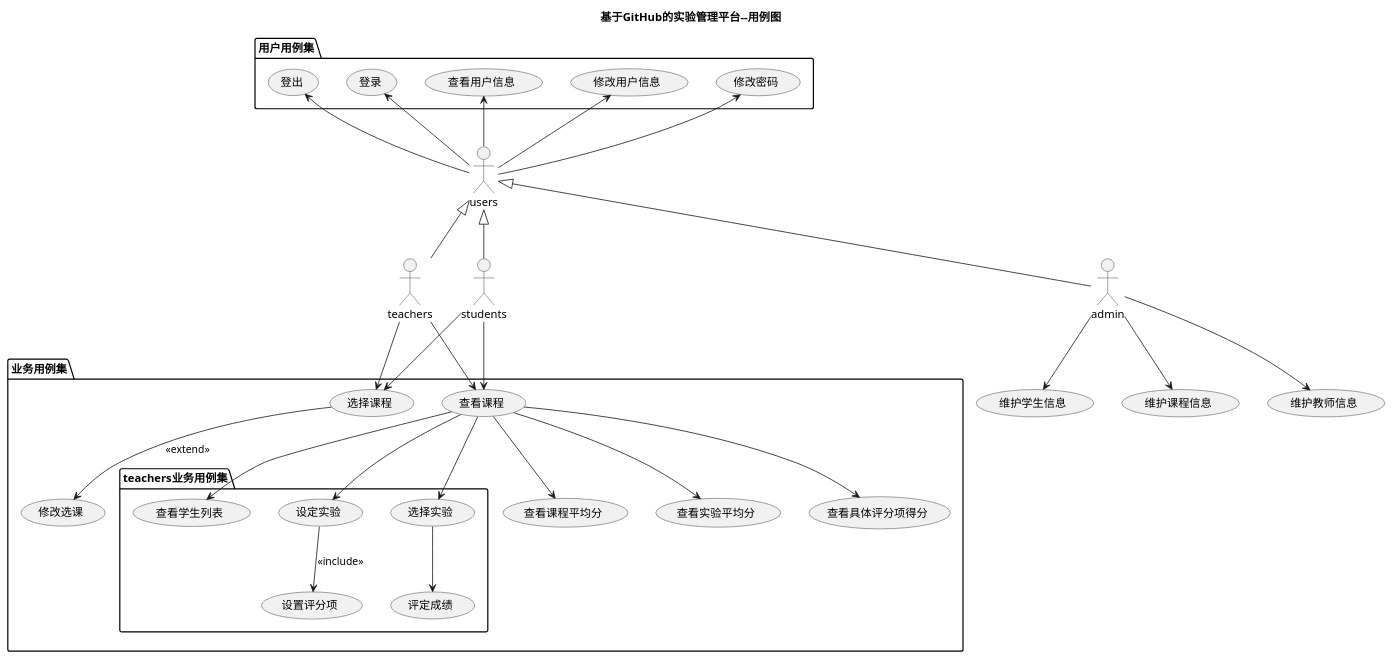
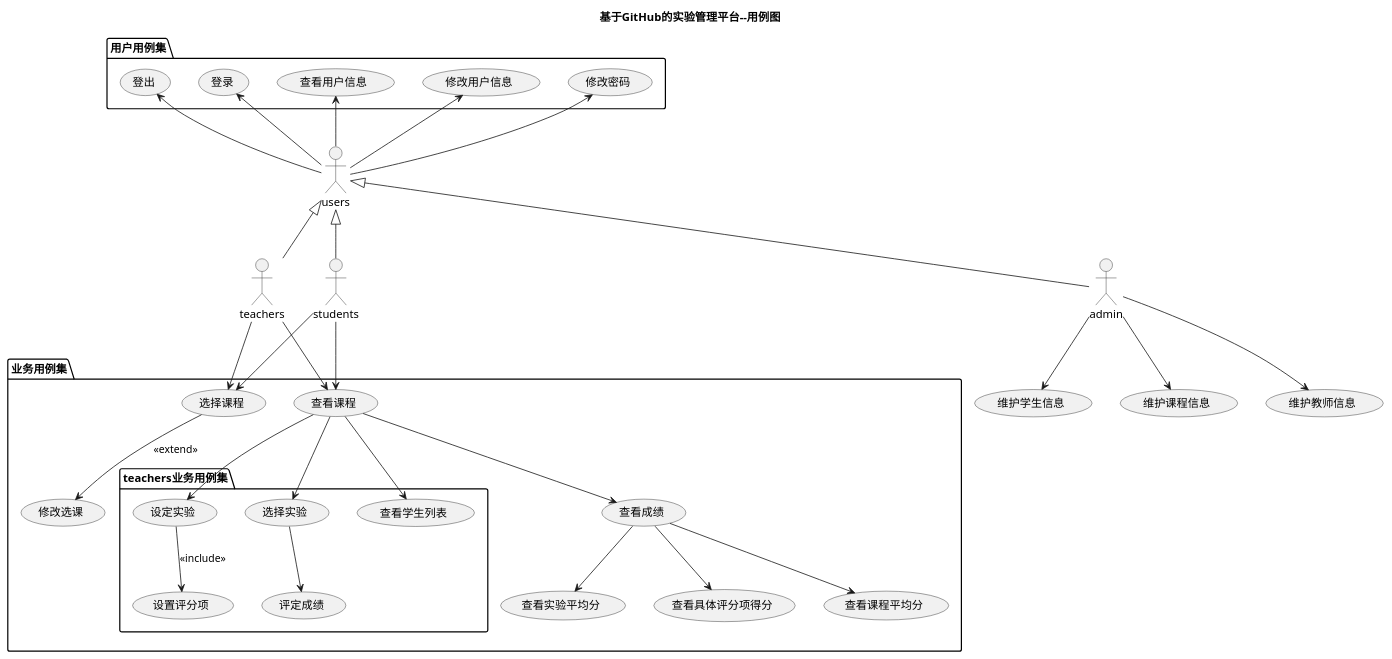
Before and after one commit to mzy1997/is_analysis: the diagram in test6/src/UserCase.puml, drawn with PlantUML. The commit also changed 19 other files, not shown here.

```diff
--- a/test6/src/UserCase.puml
+++ b/test6/src/UserCase.puml
@@ -1,40 +1,41 @@
 @startuml
 title 基于GitHub的实验管理平台--用例图
 actor users
 actor teachers
 actor students
 actor admin
 users <|-- teachers
 users <|-- students
 users <|-- admin
 package 用户用例集{
 users -up-> (修改密码)
 users -up-> (修改用户信息)
 users -up-> (查看用户信息)
 users -up-> (登录)
 users -up-> (登出)
 }
 package 业务用例集{
 teachers --> (选择课程)
 students --> (选择课程)
 (选择课程) -down-> (修改选课):<<extend>>
 teachers -down-> (查看课程)
 package teachers业务用例集{
 (查看课程) -down-> (设定实验)
 (设定实验) -down-> (设置评分项):<<include>>
 (查看课程)-down-> (选择实验)
 (选择实验) --> (评定成绩)
 (查看课程) -down-> (查看学生列表)
 }
 
 students -down-> (查看课程)
-(查看课程) --> (查看课程平均分)
-(查看课程) --> (查看实验平均分)
-(查看课程) --> (查看具体评分项得分)
+(查看课程) -down-> (查看成绩)
+(查看成绩) --> (查看课程平均分)
+(查看成绩) --> (查看实验平均分)
+(查看成绩) --> (查看具体评分项得分)
 
 }
 
 admin --> (维护课程信息)
 admin --> (维护教师信息)
 admin --> (维护学生信息)
 @enduml
```
